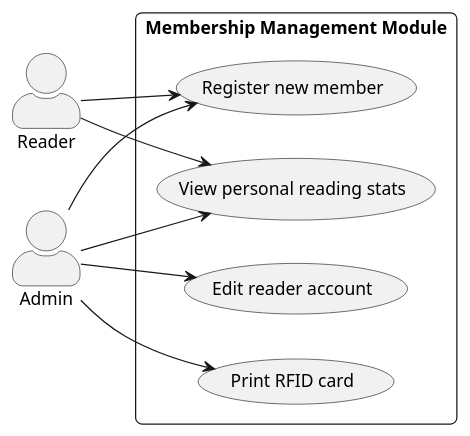
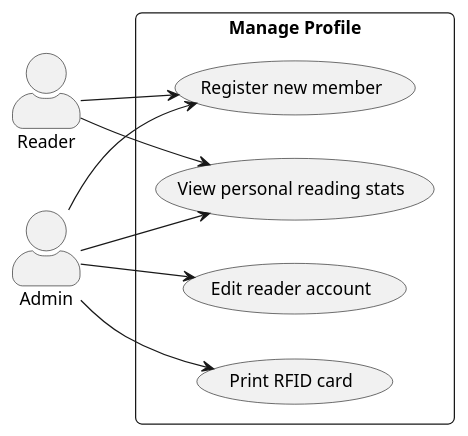
Before and after one commit to APC-SoCIT-TechKalang/SORA-Smart-Organized-Reading-Adventure: the diagram in docs/MSYADD1/Multi Module Use Case Diagram/TechKalang_UCD_ManageProfile.puml, drawn with PlantUML.

Commit message:
Add 'Manage Profile' module to use case diagram
Updated the use case diagram to include 'Manage Profile' as a module.

```diff
--- a/docs/MSYADD1/Multi Module Use Case Diagram/TechKalang_UCD_ManageProfile.puml
+++ b/docs/MSYADD1/Multi Module Use Case Diagram/TechKalang_UCD_ManageProfile.puml
@@ -1,29 +1,29 @@
 @startuml
 left to right direction
 skinparam packageStyle rectangle
 skinparam roundcorner 10
 skinparam actorStyle awesome
 
 ' Define Actors
 actor "Reader" as reader
 actor "Admin" as admin
 
 ' Define Module & Use Cases
-rectangle "Membership Management Module" {
+rectangle "Manage Profile" {
     usecase "Register new member" as UC_Register
     usecase "Print RFID card" as UC_PrintRFID
     usecase "Edit reader account" as UC_EditAccount
     usecase "View personal reading stats" as UC_ViewStats
 }
 
 ' Reader Connections
 reader --> UC_Register
 reader --> UC_ViewStats
 
 ' Admin Connections
 admin --> UC_Register
 admin --> UC_PrintRFID
 admin --> UC_EditAccount
 admin --> UC_ViewStats
 
 @enduml
```
